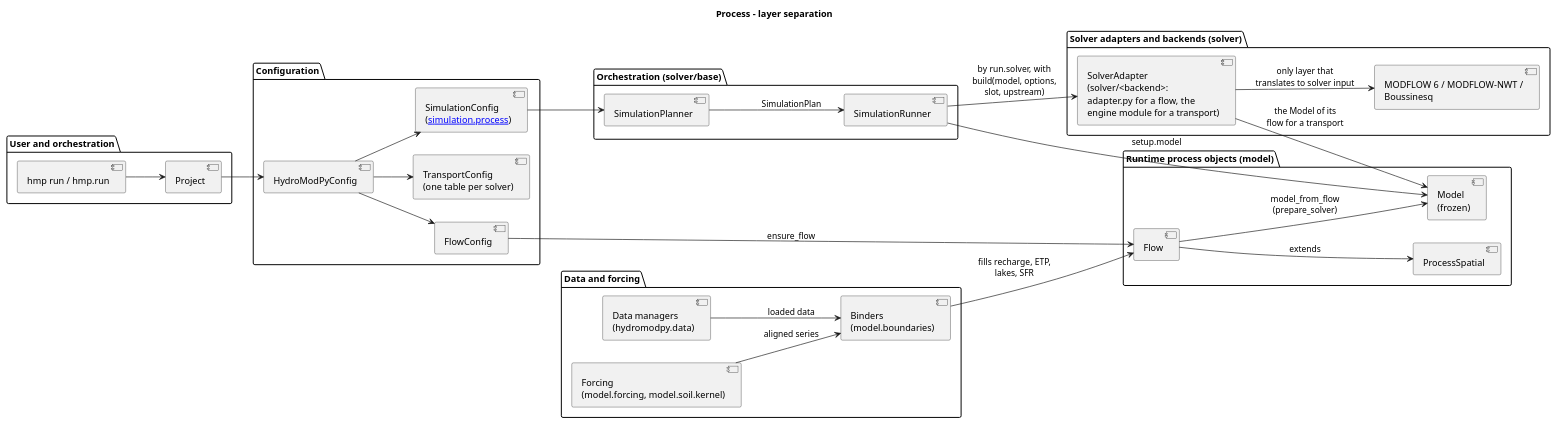
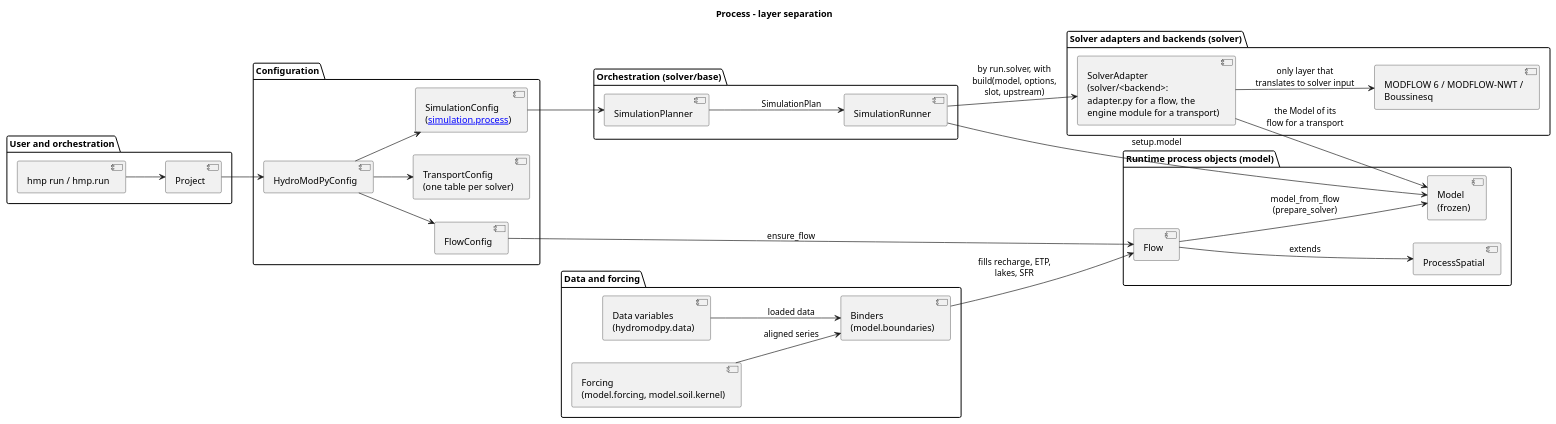
The diagram in docs/source/contribute/architecture/process/diagrams/process_layered_components.wsd (HydroModPy/HydroModPy), drawn with PlantUML before and after one commit. The commit also changed 469 other files, not shown here.

```diff
--- a/docs/source/contribute/architecture/process/diagrams/process_layered_components.wsd
+++ b/docs/source/contribute/architecture/process/diagrams/process_layered_components.wsd
@@ -1,59 +1,59 @@
 @startuml
 title Process - layer separation
 left to right direction
 
 package "User and orchestration" {
   component "hmp run / hmp.run" as Entry
   component "Project" as ProjectFacade
 }
 
 package "Configuration" {
   component "HydroModPyConfig" as HydroModPyConfig
   component "FlowConfig" as FlowConfig
   component "TransportConfig\n(one table per solver)" as TransportConfig
   component "SimulationConfig\n([[simulation.process]])" as SimulationConfig
 }
 
 package "Data and forcing" {
-  component "Data managers\n(hydromodpy.data)" as DataManagers
+  component "Data variables\n(hydromodpy.data)" as DataManagers
   component "Binders\n(model.boundaries)" as Binders
   component "Forcing\n(model.forcing, model.soil.kernel)" as Forcing
 }
 
 package "Runtime process objects (model)" {
   component "ProcessSpatial" as ProcessSpatial
   component "Flow" as Flow
   component "Model\n(frozen)" as Model
 }
 
 package "Orchestration (solver/base)" {
   component "SimulationPlanner" as Planner
   component "SimulationRunner" as Runner
 }
 
 package "Solver adapters and backends (solver)" {
   component "SolverAdapter\n(solver/<backend>:\nadapter.py for a flow, the\nengine module for a transport)" as Adapter
   component "MODFLOW 6 / MODFLOW-NWT /\nBoussinesq" as Backends
 }
 
 Entry --> ProjectFacade
 ProjectFacade --> HydroModPyConfig
 HydroModPyConfig --> FlowConfig
 HydroModPyConfig --> TransportConfig
 HydroModPyConfig --> SimulationConfig
 
 FlowConfig --> Flow : ensure_flow
 Flow --> ProcessSpatial : extends
 
 DataManagers --> Binders : loaded data
 Forcing --> Binders : aligned series
 Binders --> Flow : fills recharge, ETP,\nlakes, SFR
 Flow --> Model : model_from_flow\n(prepare_solver)
 
 SimulationConfig --> Planner
 Planner --> Runner : SimulationPlan
 Runner --> Model : setup.model
 Runner --> Adapter : by run.solver, with\nbuild(model, options,\nslot, upstream)
 Adapter --> Model : the Model of its\nflow for a transport
 Adapter --> Backends : only layer that\ntranslates to solver input
 @enduml
```
